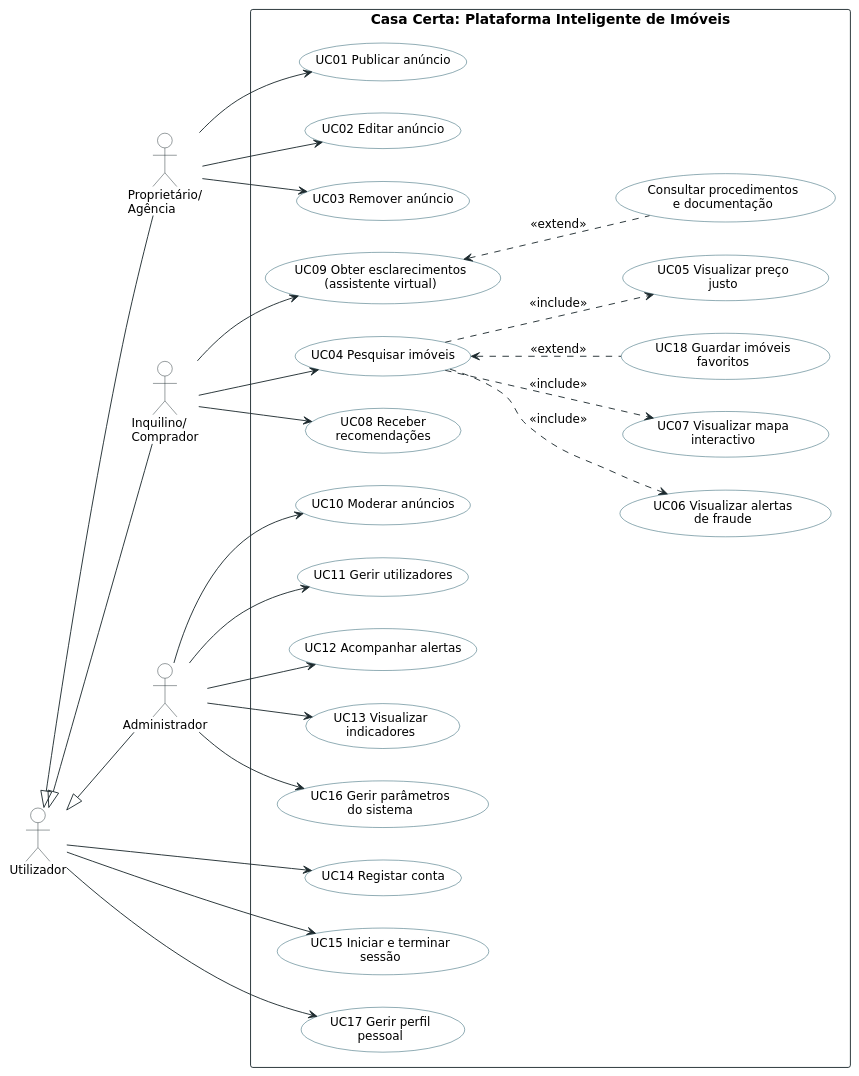
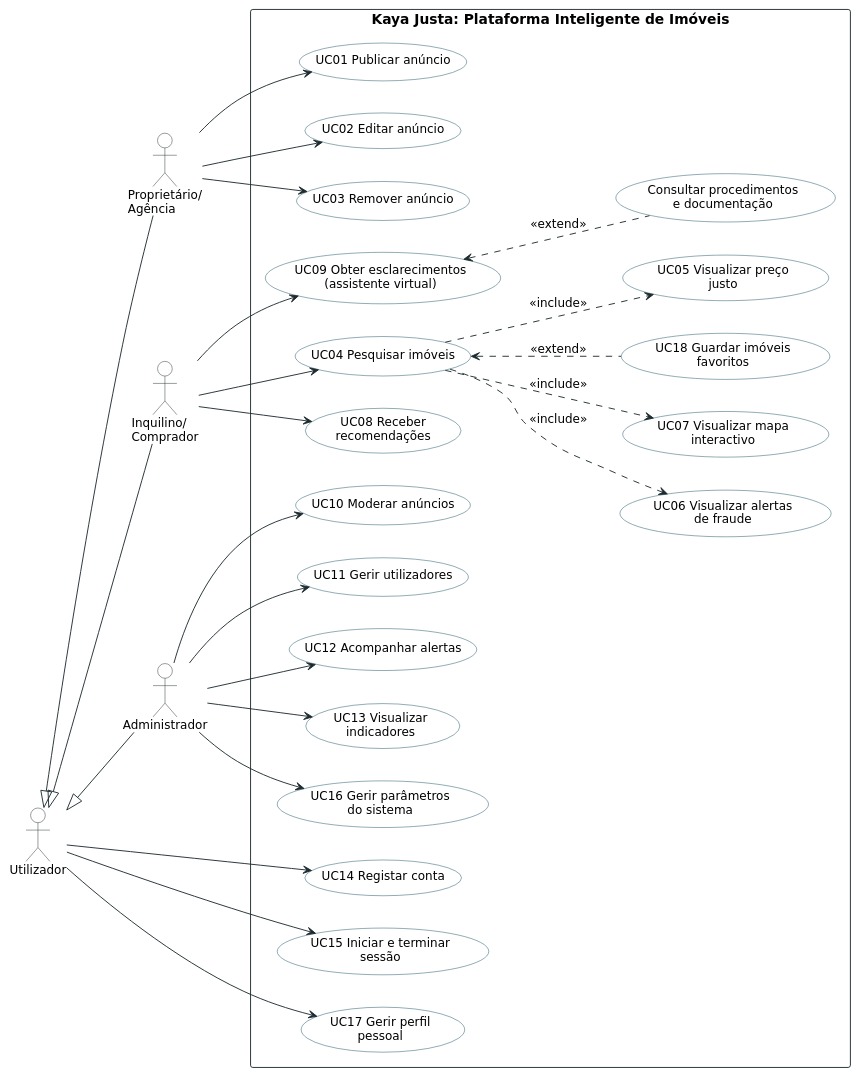
Before and after one commit to caetasruby/plataforma-imoveis: the diagram in docs/diagramas/casos_de_uso.puml, drawn with PlantUML. The commit also changed 26 other files, not shown here.

First line of the commit message:
Kaya Justa: novo nome, execução sem Docker e alojamento no Render

```diff
--- a/docs/diagramas/casos_de_uso.puml
+++ b/docs/diagramas/casos_de_uso.puml
@@ -1,75 +1,75 @@
 @startuml casos_de_uso
 ' Diagrama de casos de uso actualizado na Fase III (18 casos de uso)
 left to right direction
 skinparam shadowing false
 skinparam defaultFontName DejaVu Sans
 skinparam defaultFontSize 13
 skinparam usecase {
   BackgroundColor #FFFFFF
   BorderColor #0F4C5C
   ArrowColor #1D2A2E
 }
 skinparam actorBorderColor #1D2A2E
 skinparam actorBackgroundColor #FFFFFF
 skinparam rectangle {
   BorderColor #1D2A2E
   FontSize 15
 }
 skinparam packageStyle rectangle
 
 actor "Utilizador" as U
 actor "Proprietário/\nAgência" as P
 actor "Inquilino/\nComprador" as I
 actor "Administrador" as A
 P -up-|> U
 I -up-|> U
 A -up-|> U
 
-rectangle "Casa Certa: Plataforma Inteligente de Imóveis" {
+rectangle "Kaya Justa: Plataforma Inteligente de Imóveis" {
   usecase "UC14 Registar conta" as UC14
   usecase "UC15 Iniciar e terminar\nsessão" as UC15
   usecase "UC17 Gerir perfil\npessoal" as UC17
 
   usecase "UC01 Publicar anúncio" as UC01
   usecase "UC02 Editar anúncio" as UC02
   usecase "UC03 Remover anúncio" as UC03
 
   usecase "UC04 Pesquisar imóveis" as UC04
   usecase "UC05 Visualizar preço\njusto" as UC05
   usecase "UC06 Visualizar alertas\nde fraude" as UC06
   usecase "UC07 Visualizar mapa\ninteractivo" as UC07
   usecase "UC18 Guardar imóveis\nfavoritos" as UC18
   usecase "UC08 Receber\nrecomendações" as UC08
   usecase "UC09 Obter esclarecimentos\n(assistente virtual)" as UC09
   usecase "Consultar procedimentos\ne documentação" as PROC
 
   usecase "UC10 Moderar anúncios" as UC10
   usecase "UC11 Gerir utilizadores" as UC11
   usecase "UC12 Acompanhar alertas" as UC12
   usecase "UC13 Visualizar\nindicadores" as UC13
   usecase "UC16 Gerir parâmetros\ndo sistema" as UC16
 }
 
 U --> UC14
 U --> UC15
 U --> UC17
 
 P --> UC01
 P --> UC02
 P --> UC03
 
 I --> UC04
 I --> UC08
 I --> UC09
 UC04 ..> UC05 : <<include>>
 UC04 ..> UC06 : <<include>>
 UC04 ..> UC07 : <<include>>
 UC18 .up.> UC04 : <<extend>>
 PROC .up.> UC09 : <<extend>>
 
 A --> UC10
 A --> UC11
 A --> UC12
 A --> UC13
 A --> UC16
 @enduml
```
